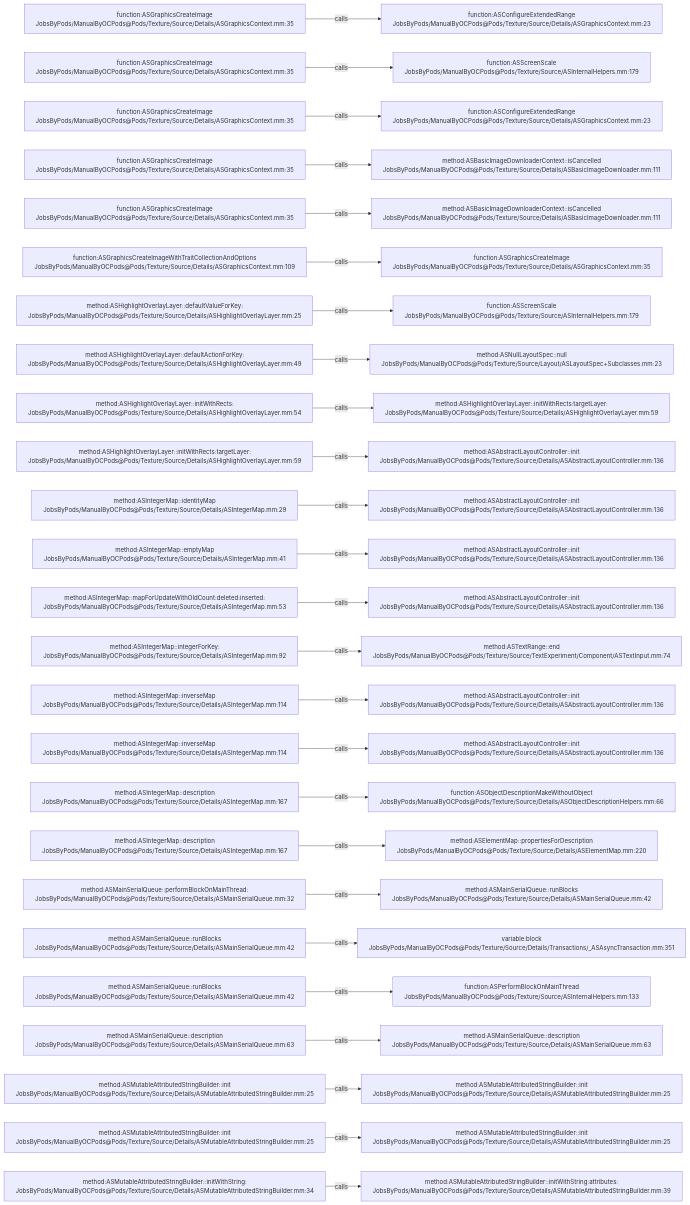
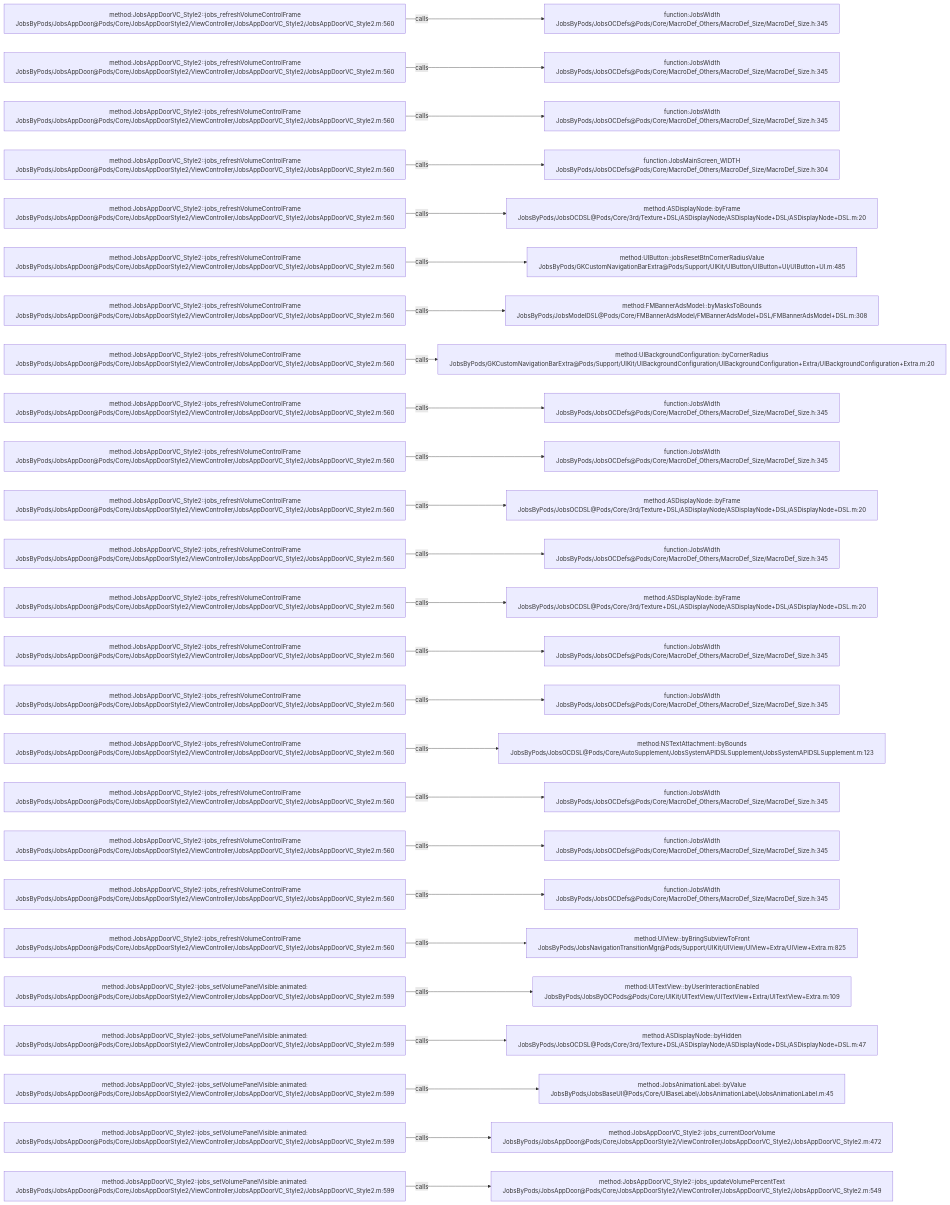
Before and after one commit to JobsKits/JobsOCBaseConfigDemo: the diagram in .codegraph/codegraph.md/graphs/calls-142.md, drawn with Mermaid. The commit also changed 768 other files, not shown here.

````diff
--- a/.codegraph/codegraph.md/graphs/calls-142.md
+++ b/.codegraph/codegraph.md/graphs/calls-142.md
@@ -13,78 +13,78 @@
 ```mermaid
 flowchart LR
-  S1["function:ASGraphicsCreateImage<br/>JobsByPods/ManualByOCPods@Pods/Texture/Source/Details/ASGraphicsContext.mm:35"]
-  T1["function:ASConfigureExtendedRange<br/>JobsByPods/ManualByOCPods@Pods/Texture/Source/Details/ASGraphicsContext.mm:23"]
+  S1["method:JobsAppDoorVC_Style2::jobs_refreshVolumeControlFrame<br/>JobsByPods/JobsAppDoor@Pods/Core/JobsAppDoorStyle2/ViewController/JobsAppDoorVC_Style2/JobsAppDoorVC_Style2.m:560"]
+  T1["function:JobsWidth<br/>JobsByPods/JobsOCDefs@Pods/Core/MacroDef_Others/MacroDef_Size/MacroDef_Size.h:345"]
   S1 -->|calls| T1
-  S2["function:ASGraphicsCreateImage<br/>JobsByPods/ManualByOCPods@Pods/Texture/Source/Details/ASGraphicsContext.mm:35"]
-  T2["function:ASScreenScale<br/>JobsByPods/ManualByOCPods@Pods/Texture/Source/ASInternalHelpers.mm:179"]
+  S2["method:JobsAppDoorVC_Style2::jobs_refreshVolumeControlFrame<br/>JobsByPods/JobsAppDoor@Pods/Core/JobsAppDoorStyle2/ViewController/JobsAppDoorVC_Style2/JobsAppDoorVC_Style2.m:560"]
+  T2["function:JobsWidth<br/>JobsByPods/JobsOCDefs@Pods/Core/MacroDef_Others/MacroDef_Size/MacroDef_Size.h:345"]
   S2 -->|calls| T2
-  S3["function:ASGraphicsCreateImage<br/>JobsByPods/ManualByOCPods@Pods/Texture/Source/Details/ASGraphicsContext.mm:35"]
-  T3["function:ASConfigureExtendedRange<br/>JobsByPods/ManualByOCPods@Pods/Texture/Source/Details/ASGraphicsContext.mm:23"]
+  S3["method:JobsAppDoorVC_Style2::jobs_refreshVolumeControlFrame<br/>JobsByPods/JobsAppDoor@Pods/Core/JobsAppDoorStyle2/ViewController/JobsAppDoorVC_Style2/JobsAppDoorVC_Style2.m:560"]
+  T3["function:JobsWidth<br/>JobsByPods/JobsOCDefs@Pods/Core/MacroDef_Others/MacroDef_Size/MacroDef_Size.h:345"]
   S3 -->|calls| T3
-  S4["function:ASGraphicsCreateImage<br/>JobsByPods/ManualByOCPods@Pods/Texture/Source/Details/ASGraphicsContext.mm:35"]
-  T4["method:ASBasicImageDownloaderContext::isCancelled<br/>JobsByPods/ManualByOCPods@Pods/Texture/Source/Details/ASBasicImageDownloader.mm:111"]
+  S4["method:JobsAppDoorVC_Style2::jobs_refreshVolumeControlFrame<br/>JobsByPods/JobsAppDoor@Pods/Core/JobsAppDoorStyle2/ViewController/JobsAppDoorVC_Style2/JobsAppDoorVC_Style2.m:560"]
+  T4["function:JobsMainScreen_WIDTH<br/>JobsByPods/JobsOCDefs@Pods/Core/MacroDef_Others/MacroDef_Size/MacroDef_Size.h:304"]
   S4 -->|calls| T4
-  S5["function:ASGraphicsCreateImage<br/>JobsByPods/ManualByOCPods@Pods/Texture/Source/Details/ASGraphicsContext.mm:35"]
-  T5["method:ASBasicImageDownloaderContext::isCancelled<br/>JobsByPods/ManualByOCPods@Pods/Texture/Source/Details/ASBasicImageDownloader.mm:111"]
+  S5["method:JobsAppDoorVC_Style2::jobs_refreshVolumeControlFrame<br/>JobsByPods/JobsAppDoor@Pods/Core/JobsAppDoorStyle2/ViewController/JobsAppDoorVC_Style2/JobsAppDoorVC_Style2.m:560"]
+  T5["method:ASDisplayNode::byFrame<br/>JobsByPods/JobsOCDSL@Pods/Core/3rd/Texture+DSL/ASDisplayNode/ASDisplayNode+DSL/ASDisplayNode+DSL.m:20"]
   S5 -->|calls| T5
-  S6["function:ASGraphicsCreateImageWithTraitCollectionAndOptions<br/>JobsByPods/ManualByOCPods@Pods/Texture/Source/Details/ASGraphicsContext.mm:109"]
-  T6["function:ASGraphicsCreateImage<br/>JobsByPods/ManualByOCPods@Pods/Texture/Source/Details/ASGraphicsContext.mm:35"]
+  S6["method:JobsAppDoorVC_Style2::jobs_refreshVolumeControlFrame<br/>JobsByPods/JobsAppDoor@Pods/Core/JobsAppDoorStyle2/ViewController/JobsAppDoorVC_Style2/JobsAppDoorVC_Style2.m:560"]
+  T6["method:UIButton::jobsResetBtnCornerRadiusValue<br/>JobsByPods/GKCustomNavigationBarExtra@Pods/Support/UIKit/UIButton/UIButton+UI/UIButton+UI.m:485"]
   S6 -->|calls| T6
-  S7["method:ASHighlightOverlayLayer::defaultValueForKey:<br/>JobsByPods/ManualByOCPods@Pods/Texture/Source/Details/ASHighlightOverlayLayer.mm:25"]
-  T7["function:ASScreenScale<br/>JobsByPods/ManualByOCPods@Pods/Texture/Source/ASInternalHelpers.mm:179"]
+  S7["method:JobsAppDoorVC_Style2::jobs_refreshVolumeControlFrame<br/>JobsByPods/JobsAppDoor@Pods/Core/JobsAppDoorStyle2/ViewController/JobsAppDoorVC_Style2/JobsAppDoorVC_Style2.m:560"]
+  T7["method:FMBannerAdsModel::byMasksToBounds<br/>JobsByPods/JobsModelDSL@Pods/Core/FMBannerAdsModel/FMBannerAdsModel+DSL/FMBannerAdsModel+DSL.m:308"]
   S7 -->|calls| T7
-  S8["method:ASHighlightOverlayLayer::defaultActionForKey:<br/>JobsByPods/ManualByOCPods@Pods/Texture/Source/Details/ASHighlightOverlayLayer.mm:49"]
-  T8["method:ASNullLayoutSpec::null<br/>JobsByPods/ManualByOCPods@Pods/Texture/Source/Layout/ASLayoutSpec+Subclasses.mm:23"]
+  S8["method:JobsAppDoorVC_Style2::jobs_refreshVolumeControlFrame<br/>JobsByPods/JobsAppDoor@Pods/Core/JobsAppDoorStyle2/ViewController/JobsAppDoorVC_Style2/JobsAppDoorVC_Style2.m:560"]
+  T8["method:UIBackgroundConfiguration::byCornerRadius<br/>JobsByPods/GKCustomNavigationBarExtra@Pods/Support/UIKit/UIBackgroundConfiguration/UIBackgroundConfiguration+Extra/UIBackgroundConfiguration+Extra.m:20"]
   S8 -->|calls| T8
-  S9["method:ASHighlightOverlayLayer::initWithRects:<br/>JobsByPods/ManualByOCPods@Pods/Texture/Source/Details/ASHighlightOverlayLayer.mm:54"]
-  T9["method:ASHighlightOverlayLayer::initWithRects:targetLayer:<br/>JobsByPods/ManualByOCPods@Pods/Texture/Source/Details/ASHighlightOverlayLayer.mm:59"]
+  S9["method:JobsAppDoorVC_Style2::jobs_refreshVolumeControlFrame<br/>JobsByPods/JobsAppDoor@Pods/Core/JobsAppDoorStyle2/ViewController/JobsAppDoorVC_Style2/JobsAppDoorVC_Style2.m:560"]
+  T9["function:JobsWidth<br/>JobsByPods/JobsOCDefs@Pods/Core/MacroDef_Others/MacroDef_Size/MacroDef_Size.h:345"]
   S9 -->|calls| T9
-  S10["method:ASHighlightOverlayLayer::initWithRects:targetLayer:<br/>JobsByPods/ManualByOCPods@Pods/Texture/Source/Details/ASHighlightOverlayLayer.mm:59"]
-  T10["method:ASAbstractLayoutController::init<br/>JobsByPods/ManualByOCPods@Pods/Texture/Source/Details/ASAbstractLayoutController.mm:136"]
+  S10["method:JobsAppDoorVC_Style2::jobs_refreshVolumeControlFrame<br/>JobsByPods/JobsAppDoor@Pods/Core/JobsAppDoorStyle2/ViewController/JobsAppDoorVC_Style2/JobsAppDoorVC_Style2.m:560"]
+  T10["function:JobsWidth<br/>JobsByPods/JobsOCDefs@Pods/Core/MacroDef_Others/MacroDef_Size/MacroDef_Size.h:345"]
   S10 -->|calls| T10
-  S11["method:ASIntegerMap::identityMap<br/>JobsByPods/ManualByOCPods@Pods/Texture/Source/Details/ASIntegerMap.mm:29"]
-  T11["method:ASAbstractLayoutController::init<br/>JobsByPods/ManualByOCPods@Pods/Texture/Source/Details/ASAbstractLayoutController.mm:136"]
+  S11["method:JobsAppDoorVC_Style2::jobs_refreshVolumeControlFrame<br/>JobsByPods/JobsAppDoor@Pods/Core/JobsAppDoorStyle2/ViewController/JobsAppDoorVC_Style2/JobsAppDoorVC_Style2.m:560"]
+  T11["method:ASDisplayNode::byFrame<br/>JobsByPods/JobsOCDSL@Pods/Core/3rd/Texture+DSL/ASDisplayNode/ASDisplayNode+DSL/ASDisplayNode+DSL.m:20"]
   S11 -->|calls| T11
-  S12["method:ASIntegerMap::emptyMap<br/>JobsByPods/ManualByOCPods@Pods/Texture/Source/Details/ASIntegerMap.mm:41"]
-  T12["method:ASAbstractLayoutController::init<br/>JobsByPods/ManualByOCPods@Pods/Texture/Source/Details/ASAbstractLayoutController.mm:136"]
+  S12["method:JobsAppDoorVC_Style2::jobs_refreshVolumeControlFrame<br/>JobsByPods/JobsAppDoor@Pods/Core/JobsAppDoorStyle2/ViewController/JobsAppDoorVC_Style2/JobsAppDoorVC_Style2.m:560"]
+  T12["function:JobsWidth<br/>JobsByPods/JobsOCDefs@Pods/Core/MacroDef_Others/MacroDef_Size/MacroDef_Size.h:345"]
   S12 -->|calls| T12
-  S13["method:ASIntegerMap::mapForUpdateWithOldCount:deleted:inserted:<br/>JobsByPods/ManualByOCPods@Pods/Texture/Source/Details/ASIntegerMap.mm:53"]
-  T13["method:ASAbstractLayoutController::init<br/>JobsByPods/ManualByOCPods@Pods/Texture/Source/Details/ASAbstractLayoutController.mm:136"]
+  S13["method:JobsAppDoorVC_Style2::jobs_refreshVolumeControlFrame<br/>JobsByPods/JobsAppDoor@Pods/Core/JobsAppDoorStyle2/ViewController/JobsAppDoorVC_Style2/JobsAppDoorVC_Style2.m:560"]
+  T13["method:ASDisplayNode::byFrame<br/>JobsByPods/JobsOCDSL@Pods/Core/3rd/Texture+DSL/ASDisplayNode/ASDisplayNode+DSL/ASDisplayNode+DSL.m:20"]
   S13 -->|calls| T13
-  S14["method:ASIntegerMap::integerForKey:<br/>JobsByPods/ManualByOCPods@Pods/Texture/Source/Details/ASIntegerMap.mm:92"]
-  T14["method:ASTextRange::end<br/>JobsByPods/ManualByOCPods@Pods/Texture/Source/TextExperiment/Component/ASTextInput.mm:74"]
+  S14["method:JobsAppDoorVC_Style2::jobs_refreshVolumeControlFrame<br/>JobsByPods/JobsAppDoor@Pods/Core/JobsAppDoorStyle2/ViewController/JobsAppDoorVC_Style2/JobsAppDoorVC_Style2.m:560"]
+  T14["function:JobsWidth<br/>JobsByPods/JobsOCDefs@Pods/Core/MacroDef_Others/MacroDef_Size/MacroDef_Size.h:345"]
   S14 -->|calls| T14
-  S15["method:ASIntegerMap::inverseMap<br/>JobsByPods/ManualByOCPods@Pods/Texture/Source/Details/ASIntegerMap.mm:114"]
-  T15["method:ASAbstractLayoutController::init<br/>JobsByPods/ManualByOCPods@Pods/Texture/Source/Details/ASAbstractLayoutController.mm:136"]
+  S15["method:JobsAppDoorVC_Style2::jobs_refreshVolumeControlFrame<br/>JobsByPods/JobsAppDoor@Pods/Core/JobsAppDoorStyle2/ViewController/JobsAppDoorVC_Style2/JobsAppDoorVC_Style2.m:560"]
+  T15["function:JobsWidth<br/>JobsByPods/JobsOCDefs@Pods/Core/MacroDef_Others/MacroDef_Size/MacroDef_Size.h:345"]
   S15 -->|calls| T15
-  S16["method:ASIntegerMap::inverseMap<br/>JobsByPods/ManualByOCPods@Pods/Texture/Source/Details/ASIntegerMap.mm:114"]
-  T16["method:ASAbstractLayoutController::init<br/>JobsByPods/ManualByOCPods@Pods/Texture/Source/Details/ASAbstractLayoutController.mm:136"]
+  S16["method:JobsAppDoorVC_Style2::jobs_refreshVolumeControlFrame<br/>JobsByPods/JobsAppDoor@Pods/Core/JobsAppDoorStyle2/ViewController/JobsAppDoorVC_Style2/JobsAppDoorVC_Style2.m:560"]
+  T16["method:NSTextAttachment::byBounds<br/>JobsByPods/JobsOCDSL@Pods/Core/AutoSupplement/JobsSystemAPIDSLSupplement/JobsSystemAPIDSLSupplement.m:123"]
   S16 -->|calls| T16
-  S17["method:ASIntegerMap::description<br/>JobsByPods/ManualByOCPods@Pods/Texture/Source/Details/ASIntegerMap.mm:167"]
-  T17["function:ASObjectDescriptionMakeWithoutObject<br/>JobsByPods/ManualByOCPods@Pods/Texture/Source/Details/ASObjectDescriptionHelpers.mm:66"]
+  S17["method:JobsAppDoorVC_Style2::jobs_refreshVolumeControlFrame<br/>JobsByPods/JobsAppDoor@Pods/Core/JobsAppDoorStyle2/ViewController/JobsAppDoorVC_Style2/JobsAppDoorVC_Style2.m:560"]
+  T17["function:JobsWidth<br/>JobsByPods/JobsOCDefs@Pods/Core/MacroDef_Others/MacroDef_Size/MacroDef_Size.h:345"]
   S17 -->|calls| T17
-  S18["method:ASIntegerMap::description<br/>JobsByPods/ManualByOCPods@Pods/Texture/Source/Details/ASIntegerMap.mm:167"]
-  T18["method:ASElementMap::propertiesForDescription<br/>JobsByPods/ManualByOCPods@Pods/Texture/Source/Details/ASElementMap.mm:220"]
+  S18["method:JobsAppDoorVC_Style2::jobs_refreshVolumeControlFrame<br/>JobsByPods/JobsAppDoor@Pods/Core/JobsAppDoorStyle2/ViewController/JobsAppDoorVC_Style2/JobsAppDoorVC_Style2.m:560"]
+  T18["function:JobsWidth<br/>JobsByPods/JobsOCDefs@Pods/Core/MacroDef_Others/MacroDef_Size/MacroDef_Size.h:345"]
   S18 -->|calls| T18
-  S19["method:ASMainSerialQueue::performBlockOnMainThread:<br/>JobsByPods/ManualByOCPods@Pods/Texture/Source/Details/ASMainSerialQueue.mm:32"]
-  T19["method:ASMainSerialQueue::runBlocks<br/>JobsByPods/ManualByOCPods@Pods/Texture/Source/Details/ASMainSerialQueue.mm:42"]
+  S19["method:JobsAppDoorVC_Style2::jobs_refreshVolumeControlFrame<br/>JobsByPods/JobsAppDoor@Pods/Core/JobsAppDoorStyle2/ViewController/JobsAppDoorVC_Style2/JobsAppDoorVC_Style2.m:560"]
+  T19["function:JobsWidth<br/>JobsByPods/JobsOCDefs@Pods/Core/MacroDef_Others/MacroDef_Size/MacroDef_Size.h:345"]
   S19 -->|calls| T19
-  S20["method:ASMainSerialQueue::runBlocks<br/>JobsByPods/ManualByOCPods@Pods/Texture/Source/Details/ASMainSerialQueue.mm:42"]
-  T20["variable:block<br/>JobsByPods/ManualByOCPods@Pods/Texture/Source/Details/Transactions/_ASAsyncTransaction.mm:351"]
+  S20["method:JobsAppDoorVC_Style2::jobs_refreshVolumeControlFrame<br/>JobsByPods/JobsAppDoor@Pods/Core/JobsAppDoorStyle2/ViewController/JobsAppDoorVC_Style2/JobsAppDoorVC_Style2.m:560"]
+  T20["method:UIView::byBringSubviewToFront<br/>JobsByPods/JobsNavigationTransitionMgr@Pods/Support/UIKit/UIView/UIView+Extra/UIView+Extra.m:825"]
   S20 -->|calls| T20
-  S21["method:ASMainSerialQueue::runBlocks<br/>JobsByPods/ManualByOCPods@Pods/Texture/Source/Details/ASMainSerialQueue.mm:42"]
-  T21["function:ASPerformBlockOnMainThread<br/>JobsByPods/ManualByOCPods@Pods/Texture/Source/ASInternalHelpers.mm:133"]
+  S21["method:JobsAppDoorVC_Style2::jobs_setVolumePanelVisible:animated:<br/>JobsByPods/JobsAppDoor@Pods/Core/JobsAppDoorStyle2/ViewController/JobsAppDoorVC_Style2/JobsAppDoorVC_Style2.m:599"]
+  T21["method:UITextView::byUserInteractionEnabled<br/>JobsByPods/JobsByOCPods@Pods/Core/UIKit/UITextView/UITextView+Extra/UITextView+Extra.m:109"]
   S21 -->|calls| T21
-  S22["method:ASMainSerialQueue::description<br/>JobsByPods/ManualByOCPods@Pods/Texture/Source/Details/ASMainSerialQueue.mm:63"]
-  T22["method:ASMainSerialQueue::description<br/>JobsByPods/ManualByOCPods@Pods/Texture/Source/Details/ASMainSerialQueue.mm:63"]
+  S22["method:JobsAppDoorVC_Style2::jobs_setVolumePanelVisible:animated:<br/>JobsByPods/JobsAppDoor@Pods/Core/JobsAppDoorStyle2/ViewController/JobsAppDoorVC_Style2/JobsAppDoorVC_Style2.m:599"]
+  T22["method:ASDisplayNode::byHidden<br/>JobsByPods/JobsOCDSL@Pods/Core/3rd/Texture+DSL/ASDisplayNode/ASDisplayNode+DSL/ASDisplayNode+DSL.m:47"]
   S22 -->|calls| T22
-  S23["method:ASMutableAttributedStringBuilder::init<br/>JobsByPods/ManualByOCPods@Pods/Texture/Source/Details/ASMutableAttributedStringBuilder.mm:25"]
-  T23["method:ASMutableAttributedStringBuilder::init<br/>JobsByPods/ManualByOCPods@Pods/Texture/Source/Details/ASMutableAttributedStringBuilder.mm:25"]
+  S23["method:JobsAppDoorVC_Style2::jobs_setVolumePanelVisible:animated:<br/>JobsByPods/JobsAppDoor@Pods/Core/JobsAppDoorStyle2/ViewController/JobsAppDoorVC_Style2/JobsAppDoorVC_Style2.m:599"]
+  T23["method:JobsAnimationLabel::byValue<br/>JobsByPods/JobsBaseUI@Pods/Core/UIBaseLabel/JobsAnimationLabel/JobsAnimationLabel.m:45"]
   S23 -->|calls| T23
-  S24["method:ASMutableAttributedStringBuilder::init<br/>JobsByPods/ManualByOCPods@Pods/Texture/Source/Details/ASMutableAttributedStringBuilder.mm:25"]
-  T24["method:ASMutableAttributedStringBuilder::init<br/>JobsByPods/ManualByOCPods@Pods/Texture/Source/Details/ASMutableAttributedStringBuilder.mm:25"]
+  S24["method:JobsAppDoorVC_Style2::jobs_setVolumePanelVisible:animated:<br/>JobsByPods/JobsAppDoor@Pods/Core/JobsAppDoorStyle2/ViewController/JobsAppDoorVC_Style2/JobsAppDoorVC_Style2.m:599"]
+  T24["method:JobsAppDoorVC_Style2::jobs_currentDoorVolume<br/>JobsByPods/JobsAppDoor@Pods/Core/JobsAppDoorStyle2/ViewController/JobsAppDoorVC_Style2/JobsAppDoorVC_Style2.m:472"]
   S24 -->|calls| T24
-  S25["method:ASMutableAttributedStringBuilder::initWithString:<br/>JobsByPods/ManualByOCPods@Pods/Texture/Source/Details/ASMutableAttributedStringBuilder.mm:34"]
-  T25["method:ASMutableAttributedStringBuilder::initWithString:attributes:<br/>JobsByPods/ManualByOCPods@Pods/Texture/Source/Details/ASMutableAttributedStringBuilder.mm:39"]
+  S25["method:JobsAppDoorVC_Style2::jobs_setVolumePanelVisible:animated:<br/>JobsByPods/JobsAppDoor@Pods/Core/JobsAppDoorStyle2/ViewController/JobsAppDoorVC_Style2/JobsAppDoorVC_Style2.m:599"]
+  T25["method:JobsAppDoorVC_Style2::jobs_updateVolumePercentText<br/>JobsByPods/JobsAppDoor@Pods/Core/JobsAppDoorStyle2/ViewController/JobsAppDoorVC_Style2/JobsAppDoorVC_Style2.m:549"]
   S25 -->|calls| T25
 ```
````
